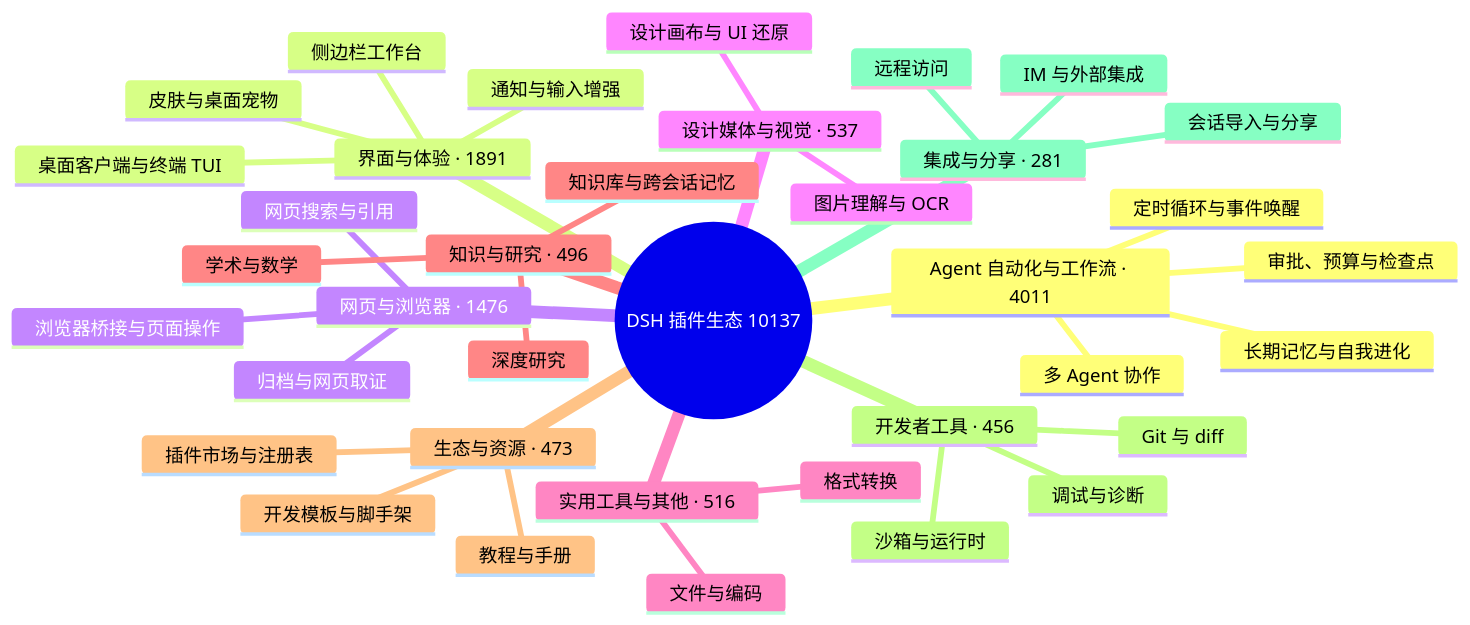
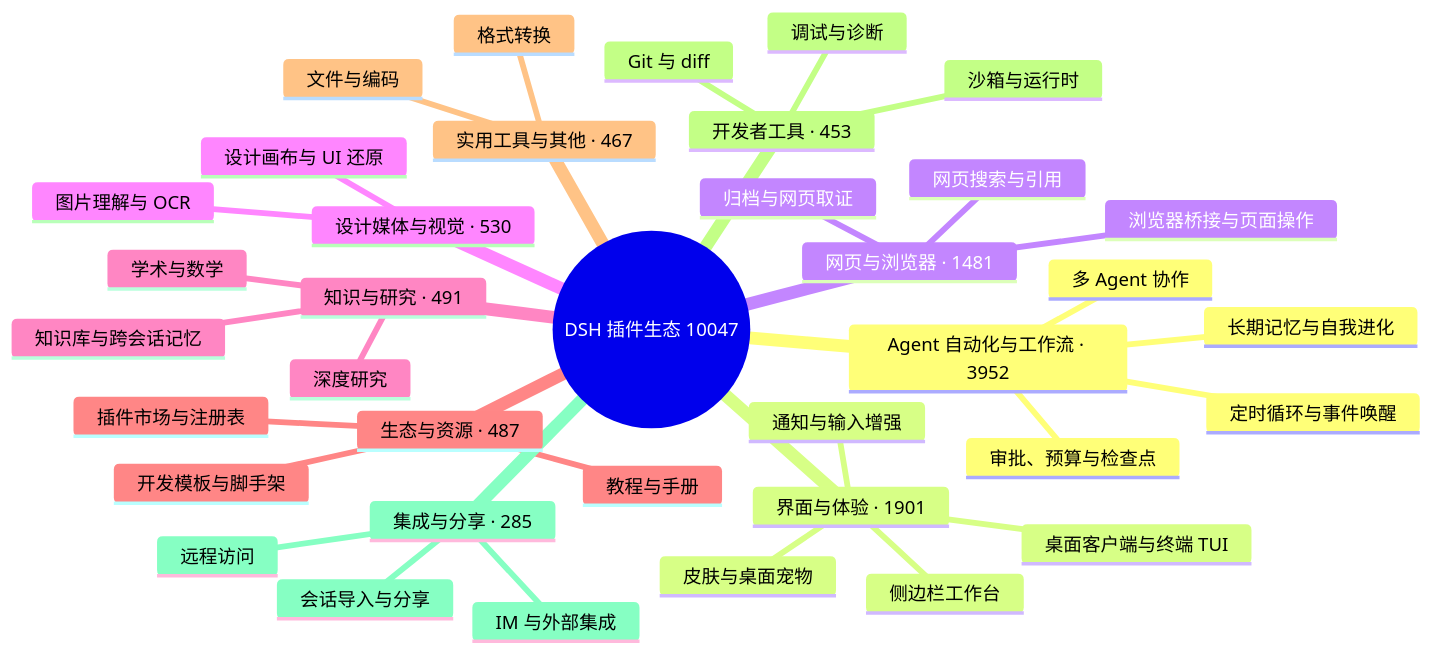
The diagram in README.md (bruc3van/awesome-dsh-plugin), drawn with Mermaid before and after one commit. The commit also changed other lines of this file and 18 other files, not shown here.

````diff
--- a/README.md
+++ b/README.md
@@ -32,40 +32,40 @@
 ```mermaid
 mindmap
-  root((DSH 插件生态 10137))
-    Agent 自动化与工作流 · 4011
+  root((DSH 插件生态 10047))
+    Agent 自动化与工作流 · 3952
       定时循环与事件唤醒
       多 Agent 协作
       长期记忆与自我进化
       审批、预算与检查点
-    界面与体验 · 1891
+    界面与体验 · 1901
       桌面客户端与终端 TUI
       侧边栏工作台
       皮肤与桌面宠物
       通知与输入增强
-    网页与浏览器 · 1476
+    网页与浏览器 · 1481
       浏览器桥接与页面操作
       网页搜索与引用
       归档与网页取证
-    设计媒体与视觉 · 537
+    设计媒体与视觉 · 530
       图片理解与 OCR
       设计画布与 UI 还原
-    实用工具与其他 · 516
-      文件与编码
-      格式转换
-    知识与研究 · 496
+    知识与研究 · 491
       知识库与跨会话记忆
       深度研究
       学术与数学
-    生态与资源 · 473
+    生态与资源 · 487
       插件市场与注册表
       开发模板与脚手架
       教程与手册
-    开发者工具 · 456
+    实用工具与其他 · 467
+      文件与编码
+      格式转换
+    开发者工具 · 453
       Git 与 diff
       沙箱与运行时
       调试与诊断
-    集成与分享 · 281
+    集成与分享 · 285
       会话导入与分享
       远程访问
       IM 与外部集成
 ```
````
